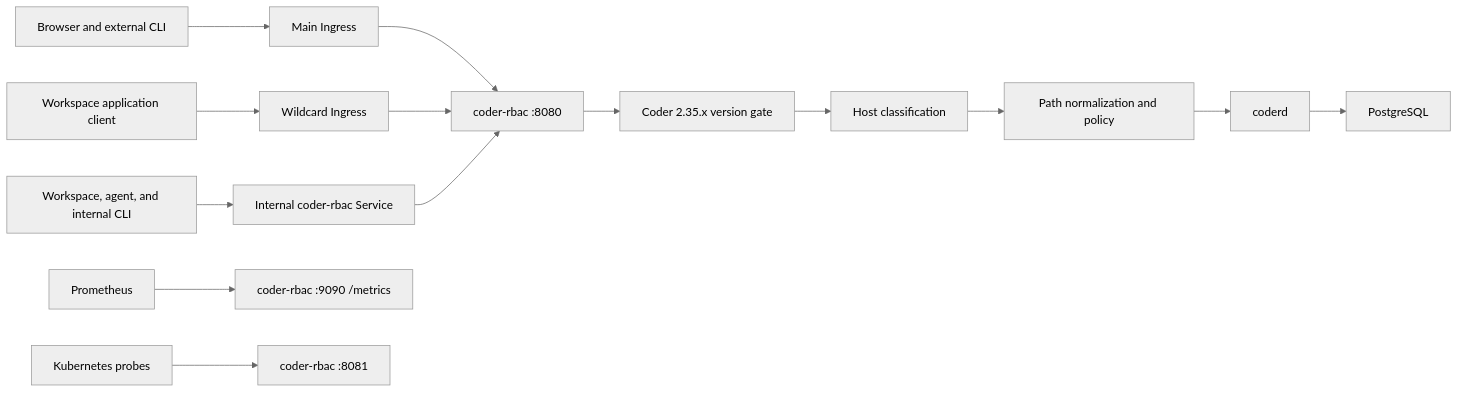
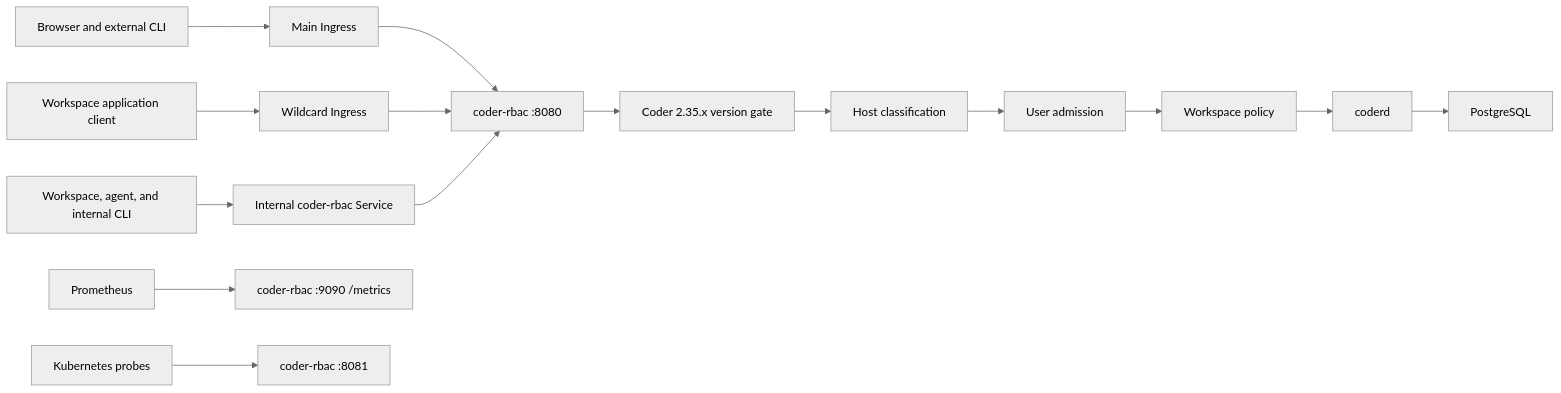
One commit to thomas-illiet/coder-rbac changed the first of 3 diagrams in docs/architecture.md. Above: the diagram before and after it, drawn with Mermaid (neutral theme). The commit also changed other lines of this file and 32 other files, not shown here.

Commit message:
feat: enforce user admission and account restrictions

````diff
--- a/docs/architecture.md
+++ b/docs/architecture.md
@@ -21,19 +22,20 @@
 ```mermaid
 flowchart LR
     Browser["Browser and external CLI"] --> MainIngress["Main Ingress"]
     AppClient["Workspace application client"] --> WildcardIngress["Wildcard Ingress"]
     Workspace["Workspace, agent, and internal CLI"] --> InternalService["Internal coder-rbac Service"]
 
     MainIngress --> Proxy["coder-rbac :8080"]
     WildcardIngress --> Proxy
     InternalService --> Proxy
 
     Proxy --> Gate["Coder 2.35.x version gate"]
     Gate --> Host["Host classification"]
-    Host --> Policy["Path normalization and policy"]
+    Host --> Admission["User admission"]
+    Admission --> Policy["Workspace policy"]
     Policy --> Coder["coderd"]
     Coder --> Database["PostgreSQL"]
 
     Prometheus["Prometheus"] --> Metrics["coder-rbac :9090 /metrics"]
     Kubernetes["Kubernetes probes"] --> Health["coder-rbac :8081"]
 ```
````
